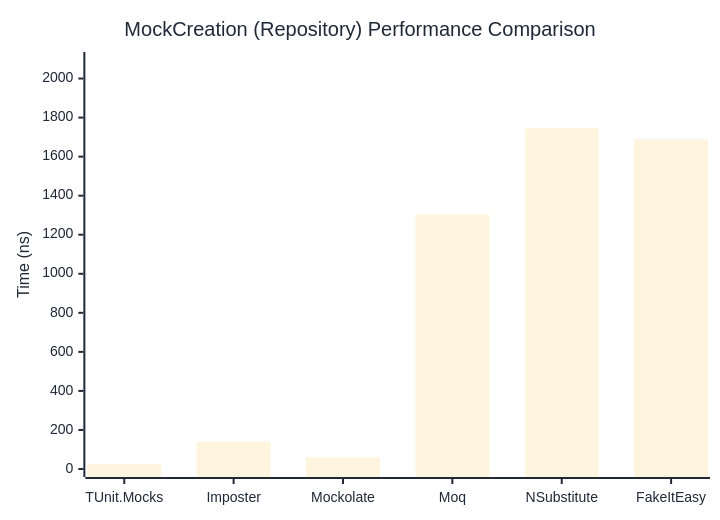
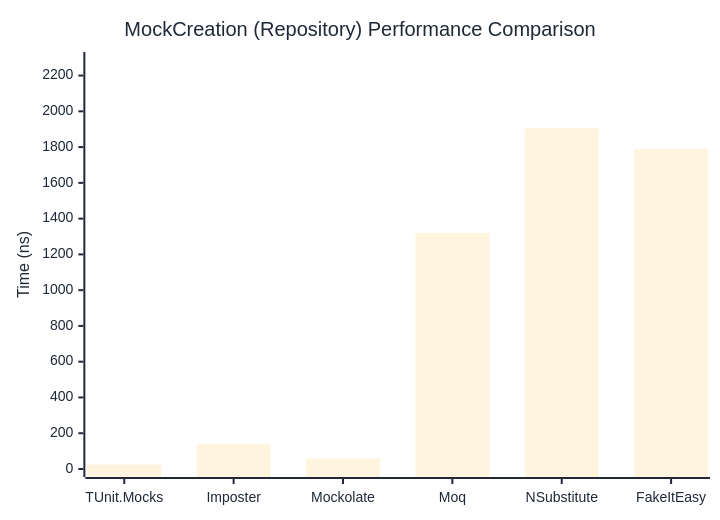
Before and after one commit to weiyilai/TUnit: the second of 2 diagrams in docs/docs/benchmarks/mocks/MockCreation.md, drawn with Mermaid. The commit also changed other lines of this file and 14 other files, not shown here.

````diff
--- a/docs/docs/benchmarks/mocks/MockCreation.md
+++ b/docs/docs/benchmarks/mocks/MockCreation.md
@@ -69,27 +69,27 @@
 ```mermaid
 %%{init: {
   'theme':'base',
   'themeVariables': {
     'primaryColor': '#2563eb',
     'primaryTextColor': '#1f2937',
     'primaryBorderColor': '#1e40af',
     'lineColor': '#6b7280',
     'secondaryColor': '#7c3aed',
     'tertiaryColor': '#dc2626',
     'background': '#ffffff',
     'pie1': '#2563eb',
     'pie2': '#7c3aed',
     'pie3': '#dc2626',
     'pie4': '#f59e0b',
     'pie5': '#10b981',
     'pie6': '#06b6d4',
     'pie7': '#ec4899',
     'pie8': '#6366f1'
   }
 }}%%
 xychart-beta
   title "MockCreation (Repository) Performance Comparison"
   x-axis ["TUnit.Mocks", "Imposter", "Mockolate", "Moq", "NSubstitute", "FakeItEasy"]
-  y-axis "Time (ns)" 0 --> 2095
-  bar [25.27, 140.41, 60.52, 1304.83, 1745.38, 1688.84]
+  y-axis "Time (ns)" 0 --> 2287
+  bar [24.98, 138.42, 58.65, 1319.41, 1905.74, 1790.17]
 ```
````
